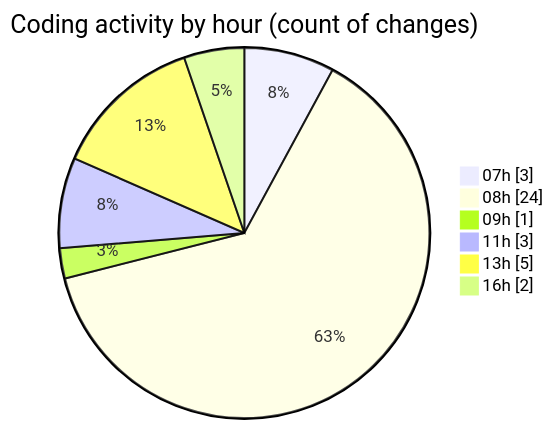
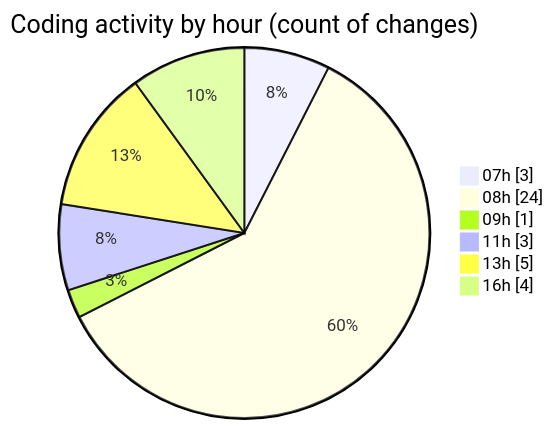
The second of 2 diagrams in 2026-02-20/bot_i_a/README.md (becaeroporto-bot/code-tracking), drawn with Mermaid before and after one commit. The commit also changed other lines of this file and 1 other file, not shown here.

````diff
--- a/2026-02-20/bot_i_a/README.md
+++ b/2026-02-20/bot_i_a/README.md
@@ -48,10 +49,10 @@
 ```mermaid
 pie showData
 title Coding activity by hour (count of changes)
 "07h" : 3
 "08h" : 24
 "09h" : 1
 "11h" : 3
 "13h" : 5
-"16h" : 2
+"16h" : 4
 ```
````
